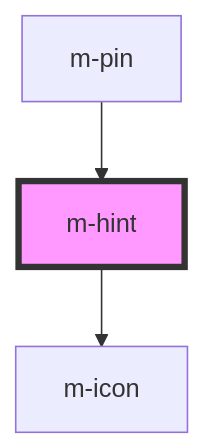
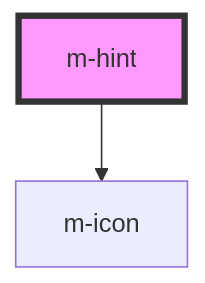
The diagram in libraries/modyo-design-system/src/components/m-hint/readme.md (dynamic-framework/dynamic-ui), drawn with Mermaid before and after one commit. The commit also changed other lines of this file and 20 other files, not shown here.

````diff
--- a/libraries/modyo-design-system/src/components/m-hint/readme.md
+++ b/libraries/modyo-design-system/src/components/m-hint/readme.md
@@ -34,6 +30,5 @@
 ```mermaid
 graph TD;
   m-hint --> m-icon
-  m-pin --> m-hint
   style m-hint fill:#f9f,stroke:#333,stroke-width:4px
 ```
````
